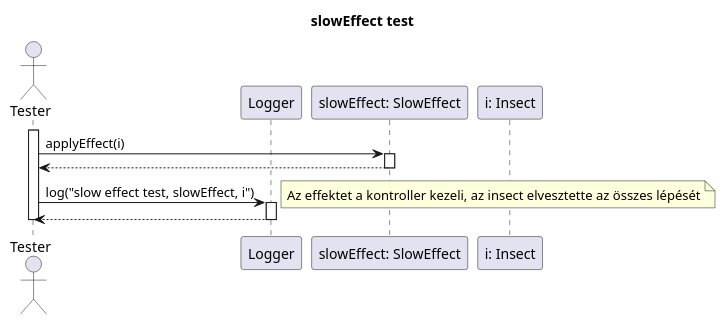
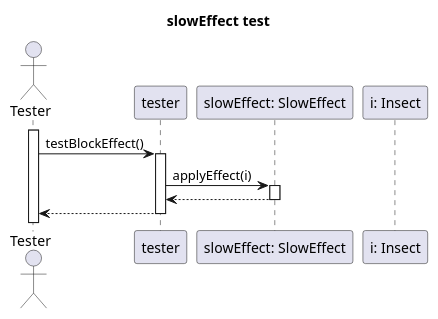
Before and after one commit to dzsem/projlab: the diagram in diagrams/test-sequence/effect/slowEffect.plantuml, drawn with PlantUML. The commit also changed 12 other files, not shown here.

```diff
--- a/diagrams/test-sequence/effect/slowEffect.plantuml
+++ b/diagrams/test-sequence/effect/slowEffect.plantuml
@@ -1,29 +1,26 @@
 @startuml slowEffect
 
 title slowEffect test
 
 
-actor Tester as tester
+Actor Tester as test
+activate test
+test -> tester: testBlockEffect()
 
-participant "Logger" as logger
+participant Skeleton as tester
+
 participant "slowEffect: SlowEffect" as slow
 participant "i: Insect" as insect
 
 activate tester
 
 tester -> slow: applyEffect(i)
 activate slow
 
 slow --> tester
 deactivate slow
 
-tester -> logger: log("slow effect test, slowEffect, i")
-note right: Az effektet a kontroller kezeli, az insect elvesztette az összes lépését
-activate logger
 
-logger--> tester
-deactivate logger
-
+test<-- tester
 deactivate tester
-
 @enduml
```
